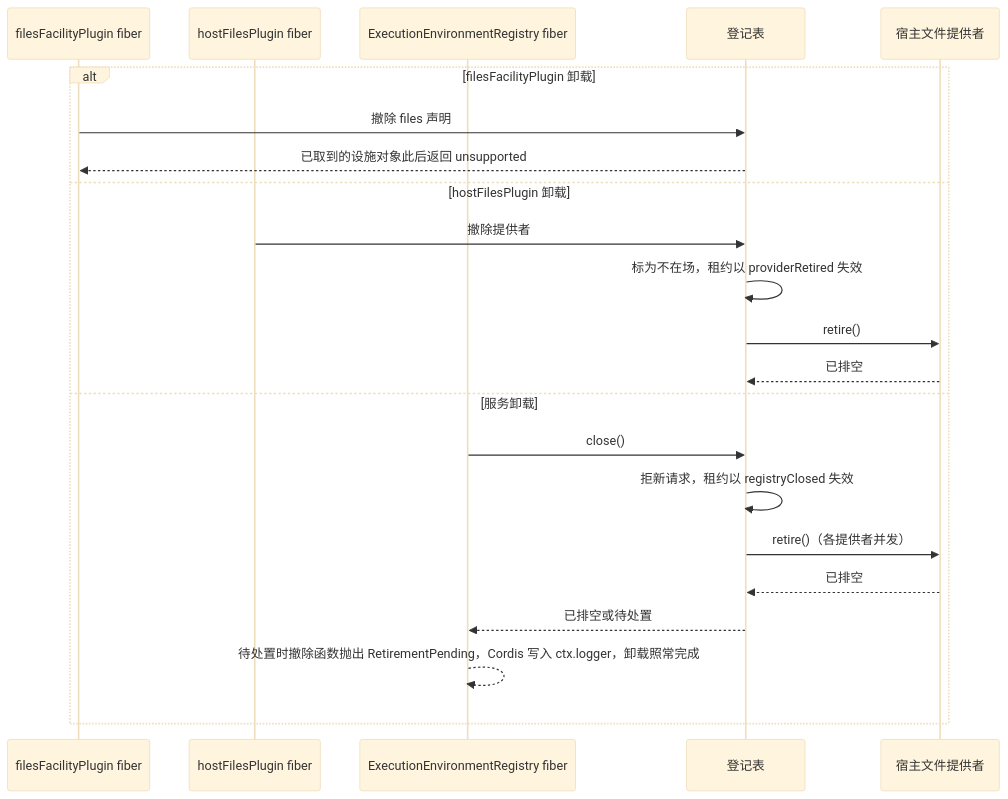
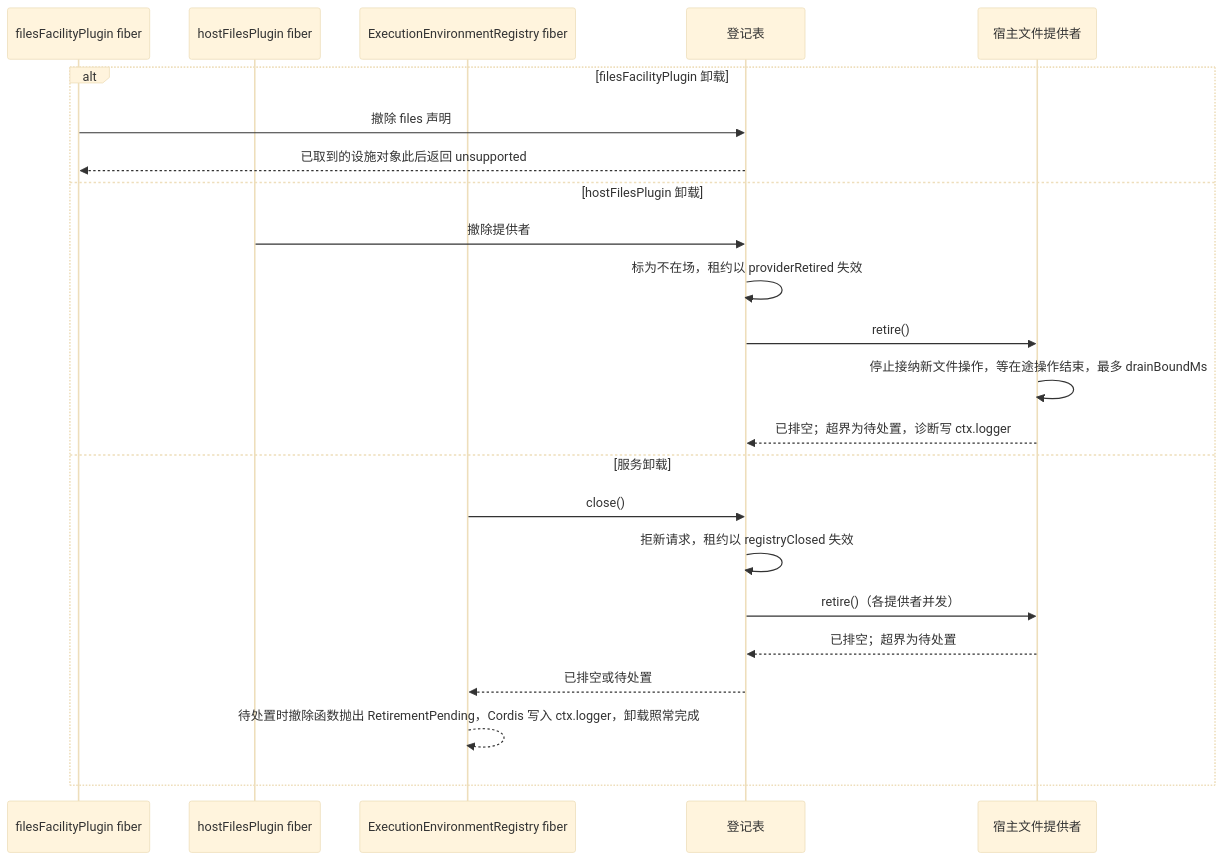
One commit to nemori-ai/omne-harness-lite changed the third of 3 diagrams in packages/execution/execution-environment-host-local/docs/flows.md. Above: the diagram before and after it, drawn with Mermaid (base theme). The commit also changed other lines of this file and 50 other files, not shown here.

````diff
--- a/packages/execution/execution-environment-host-local/docs/flows.md
+++ b/packages/execution/execution-environment-host-local/docs/flows.md
@@ -81,24 +81,25 @@
 ```mermaid
 sequenceDiagram
   participant D as filesFacilityPlugin fiber
   participant H as hostFilesPlugin fiber
   participant S as ExecutionEnvironmentRegistry fiber
   participant R as 登记表
   participant P as 宿主文件提供者
   alt filesFacilityPlugin 卸载
     D->>R: 撤除 files 声明
     R-->>D: 已取到的设施对象此后返回 unsupported
   else hostFilesPlugin 卸载
     H->>R: 撤除提供者
     R->>R: 标为不在场，租约以 providerRetired 失效
     R->>P: retire()
-    P-->>R: 已排空
+    P->>P: 停止接纳新文件操作，等在途操作结束，最多 drainBoundMs
+    P-->>R: 已排空；超界为待处置，诊断写 ctx.logger
   else 服务卸载
     S->>R: close()
     R->>R: 拒新请求，租约以 registryClosed 失效
     R->>P: retire()（各提供者并发）
-    P-->>R: 已排空
+    P-->>R: 已排空；超界为待处置
     R-->>S: 已排空或待处置
     S-->>S: 待处置时撤除函数抛出 RetirementPending，Cordis 写入 ctx.logger，卸载照常完成
   end
 ```
````
